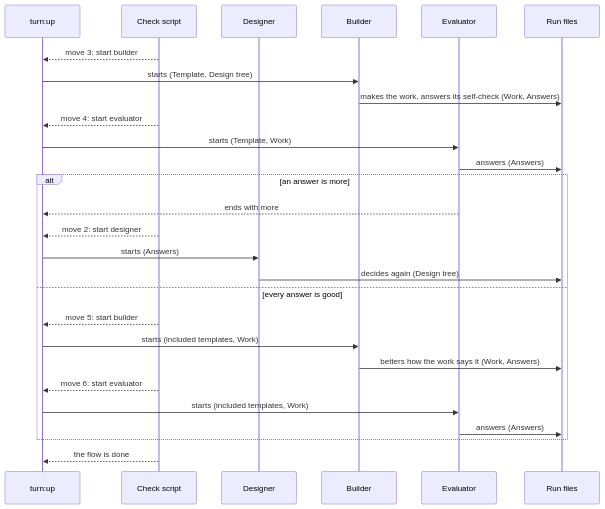
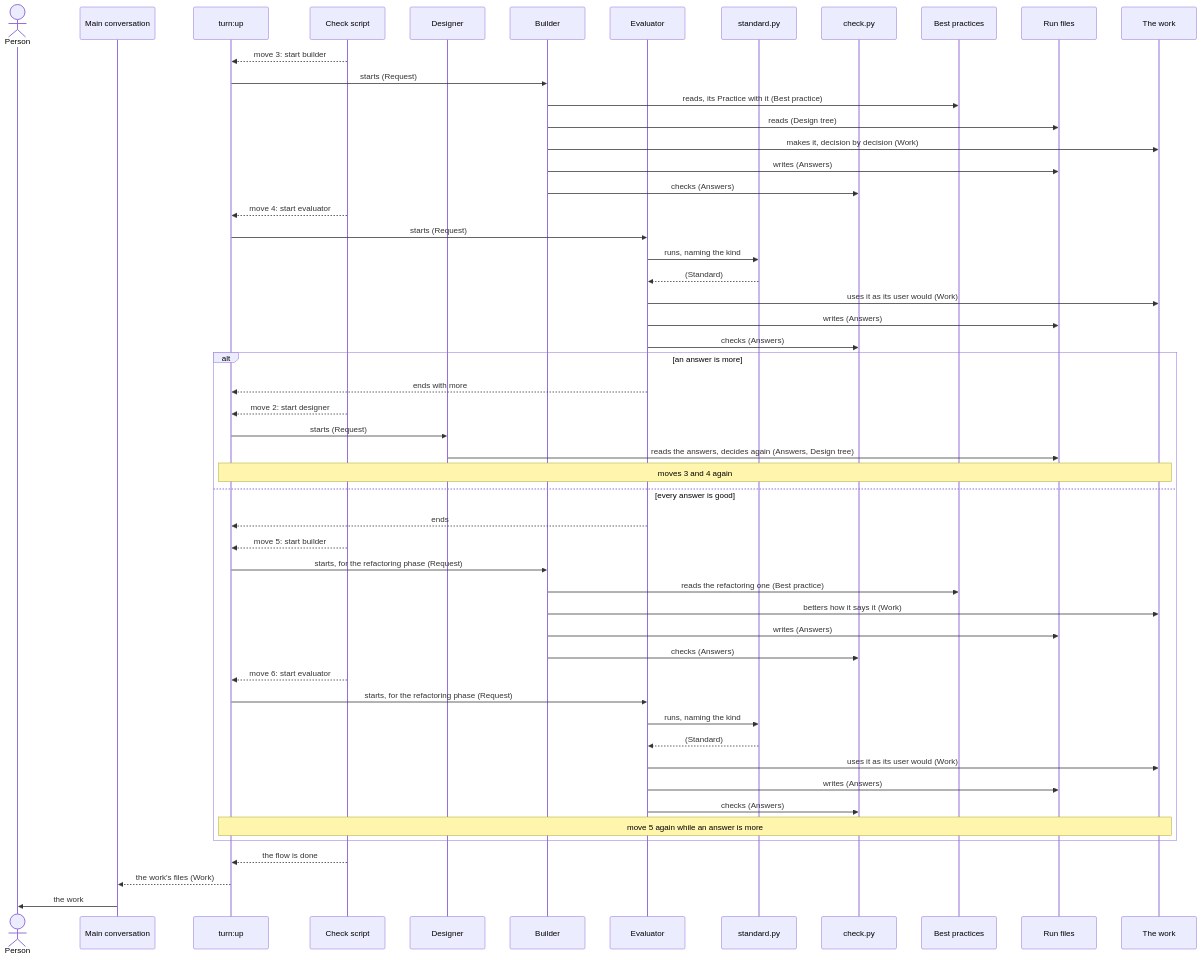
Before and after one commit to lovaizu/ccpm: the fourth of 5 diagrams in dev/turn/architecture.md, drawn with Mermaid. The commit also changed other lines of this file and 5 other files, not shown here.

First line of the commit message:
turn's architecture made again by architecture's best practice from turn-rebuild.md, the new UX and README: four roles in two phases moved by lane's flow of six positions, the run's files and data model, and each departure from the plugin architecture with its reason

````diff
--- a/dev/turn/architecture.md
+++ b/dev/turn/architecture.md
@@ -221,29 +301,55 @@
 ```mermaid
 sequenceDiagram
+  actor P as Person
+  participant M as Main conversation
   participant U as turn:up
-  participant G as Check script
+  participant L as Check script
   participant D as Designer
   participant B as Builder
   participant E as Evaluator
+  participant S as standard.py
+  participant C as check.py
+  participant BP as Best practices
   participant R as Run files
-  G-->>U: move 3: start builder
-  U->>B: starts (Template, Design tree)
-  B->>R: makes the work, answers its self-check (Work, Answers)
-  G-->>U: move 4: start evaluator
-  U->>E: starts (Template, Work)
-  E->>R: answers (Answers)
+  participant K as The work
+  L-->>U: move 3: start builder
+  U->>B: starts (Request)
+  B->>BP: reads, its Practice with it (Best practice)
+  B->>R: reads (Design tree)
+  B->>K: makes it, decision by decision (Work)
+  B->>R: writes (Answers)
+  B->>C: checks (Answers)
+  L-->>U: move 4: start evaluator
+  U->>E: starts (Request)
+  E->>S: runs, naming the kind
+  S-->>E: (Standard)
+  E->>K: uses it as its user would (Work)
+  E->>R: writes (Answers)
+  E->>C: checks (Answers)
   alt an answer is more
     E-->>U: ends with more
-    G-->>U: move 2: start designer
-    U->>D: starts (Answers)
-    D->>R: decides again (Design tree)
+    L-->>U: move 2: start designer
+    U->>D: starts (Request)
+    D->>R: reads the answers, decides again (Answers, Design tree)
+    Note over U,K: moves 3 and 4 again
   else every answer is good
-    G-->>U: move 5: start builder
-    U->>B: starts (included templates, Work)
-    B->>R: betters how the work says it (Work, Answers)
-    G-->>U: move 6: start evaluator
-    U->>E: starts (included templates, Work)
-    E->>R: answers (Answers)
+    E-->>U: ends
+    L-->>U: move 5: start builder
+    U->>B: starts, for the refactoring phase (Request)
+    B->>BP: reads the refactoring one (Best practice)
+    B->>K: betters how it says it (Work)
+    B->>R: writes (Answers)
+    B->>C: checks (Answers)
+    L-->>U: move 6: start evaluator
+    U->>E: starts, for the refactoring phase (Request)
+    E->>S: runs, naming the kind
+    S-->>E: (Standard)
+    E->>K: uses it as its user would (Work)
+    E->>R: writes (Answers)
+    E->>C: checks (Answers)
+    Note over U,K: move 5 again while an answer is more
   end
-  G-->>U: the flow is done
+  L-->>U: the flow is done
+  U-->>M: the work's files (Work)
+  M->>P: the work
 ```
````
